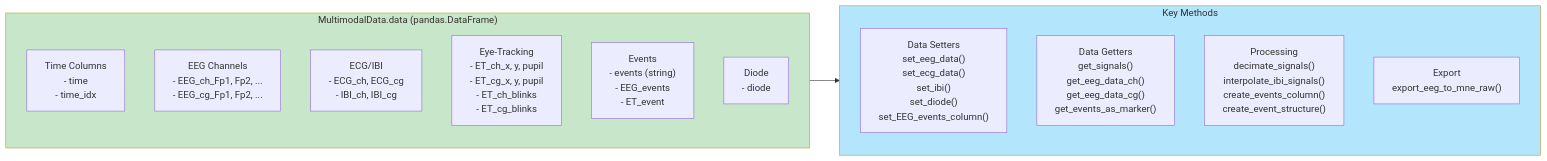
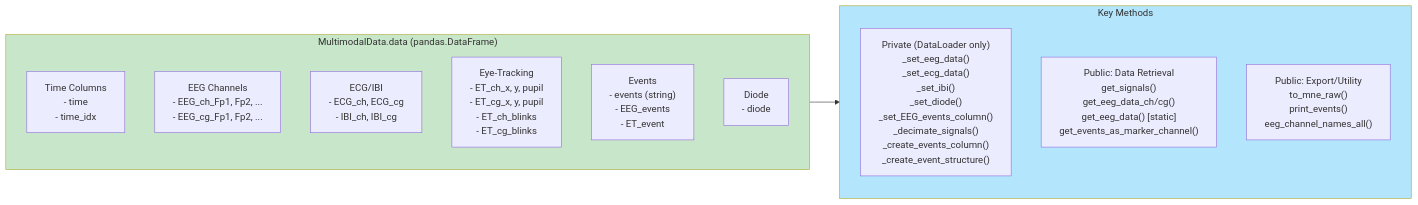
Before and after one commit to SYNCC-IN/hyperscanning-signal-analysis: the second of 5 diagrams in docs/architecture_diagram.md, drawn with Mermaid. The commit also changed other lines of this file and 1 other file, not shown here.

First line of the commit message:
docs: Update data structure spec and architecture diagram to v2.3 and v1.1

````diff
--- a/docs/architecture_diagram.md
+++ b/docs/architecture_diagram.md
@@ -101,25 +105,24 @@
 ```mermaid
 flowchart LR
     subgraph DataFrame["MultimodalData.data (pandas.DataFrame)"]
         direction TB
         TC["Time Columns<br/>- time<br/>- time_idx"]
         EEGC["EEG Channels<br/>- EEG_ch_Fp1, Fp2, ...<br/>- EEG_cg_Fp1, Fp2, ..."]
         ECGC["ECG/IBI<br/>- ECG_ch, ECG_cg<br/>- IBI_ch, IBI_cg"]
         ETC["Eye-Tracking<br/>- ET_ch_x, y, pupil<br/>- ET_cg_x, y, pupil<br/>- ET_ch_blinks<br/>- ET_cg_blinks"]
         EVTC["Events<br/>- events (string)<br/>- EEG_events<br/>- ET_event"]
         DIODE["Diode<br/>- diode"]
     end
 
     subgraph Methods["Key Methods"]
         direction TB
-        SET["Data Setters<br/>set_eeg_data()<br/>set_ecg_data()<br/>set_ibi()<br/>set_diode()<br/>set_EEG_events_column()"]
-        GET["Data Getters<br/>get_signals()<br/>get_eeg_data_ch()<br/>get_eeg_data_cg()<br/>get_events_as_marker()"]
-        PROC["Processing<br/>decimate_signals()<br/>interpolate_ibi_signals()<br/>create_events_column()<br/>create_event_structure()"]
-        EXPORT["Export<br/>export_eeg_to_mne_raw()"]
+        SET["Private (DataLoader only)<br/>_set_eeg_data()<br/>_set_ecg_data()<br/>_set_ibi()<br/>_set_diode()<br/>_set_EEG_events_column()<br/>_decimate_signals()<br/>_create_events_column()<br/>_create_event_structure()"]
+        GET["Public: Data Retrieval<br/>get_signals()<br/>get_eeg_data_ch/cg()<br/>get_eeg_data() [static]<br/>get_events_as_marker_channel()"]
+        EXPORT["Public: Export/Utility<br/>to_mne_raw()<br/>print_events()<br/>eeg_channel_names_all()"]
     end
 
     DataFrame --> Methods
     
     style DataFrame fill:#c8e6c9
     style Methods fill:#b3e5fc
 ```
````
